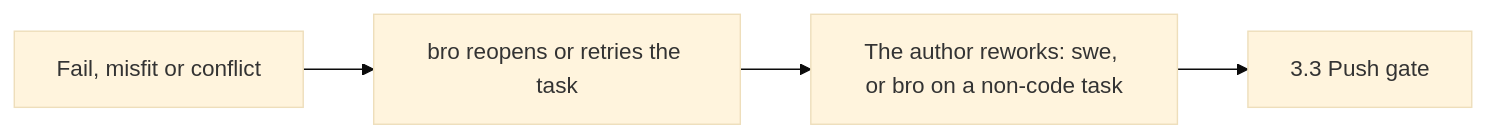
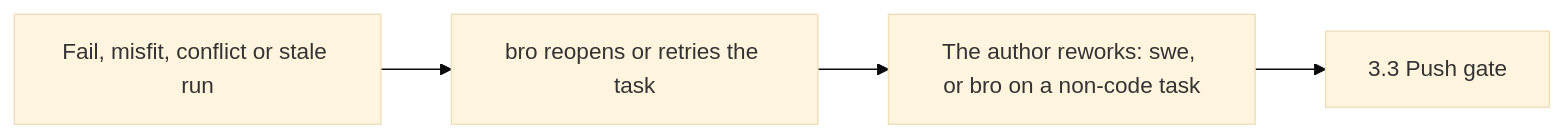
The eighth of 19 diagrams in docs/architecture/FLOWS.md (trustmybot/plugin), drawn with Mermaid (base theme) before and after one commit. The commit also changed other lines of this file and 4 other files, not shown here.

First line of the commit message:
📝 docs(tasks): fill lifecycle gaps in TASKS, FLOWS and AGILE (GH 3251)

````diff
--- a/docs/architecture/FLOWS.md
+++ b/docs/architecture/FLOWS.md
@@ -131,6 +131,6 @@
 ```mermaid
 flowchart LR
-    A[Fail, misfit or conflict] --> B[bro reopens or retries the task]
+    A[Fail, misfit, conflict or stale run] --> B[bro reopens or retries the task]
     B --> C[The author reworks: swe, or bro on a non-code task]
     C --> D[3.3 Push gate]
 ```
````
